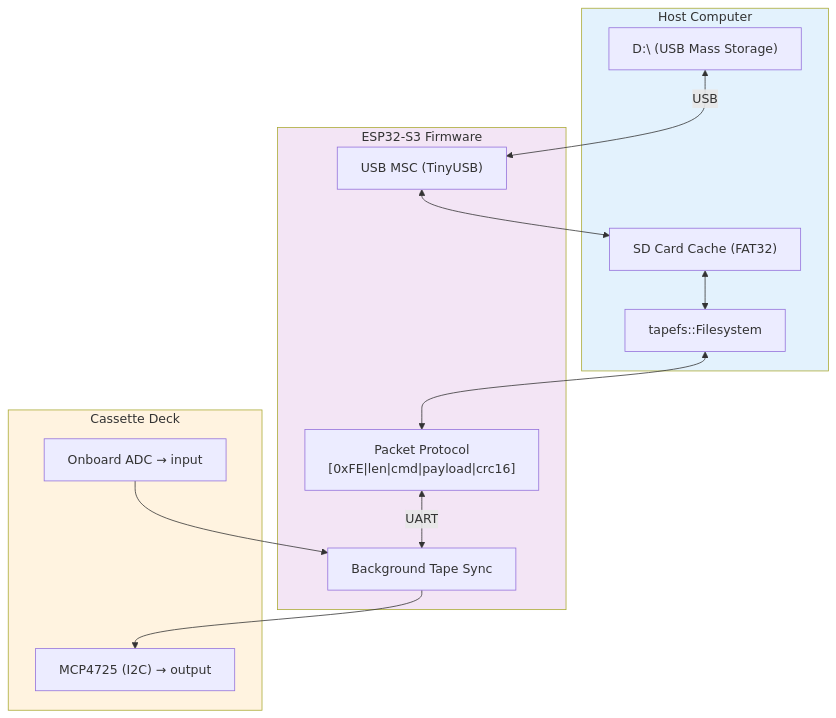
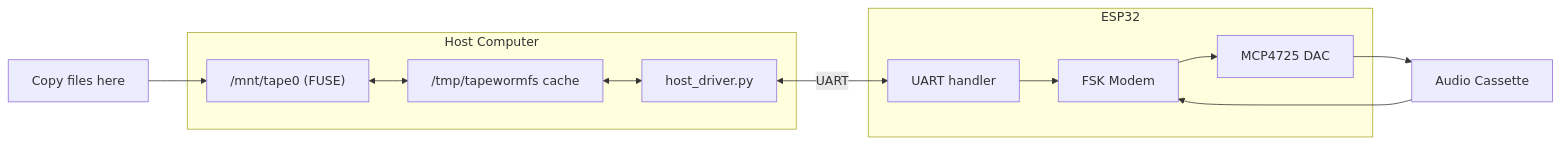
The diagram in README.md (Daniel-R-Thornton/TapewormFS), drawn with Mermaid before and after one commit. The commit also changed other lines of this file and 3 other files, not shown here.

First line of the commit message:
feat: host driver + fix architecture docs

````diff
--- a/README.md
+++ b/README.md
@@ -5,31 +28,23 @@
 ```mermaid
-flowchart TB
-    subgraph Host["Host Computer"]
-        D["D:\ (USB Mass Storage)"]
-        SD["SD Card Cache (FAT32)"]
-        FS["tapefs::Filesystem"]
+flowchart LR
+    subgraph Computer["Host Computer"]
+        MOUNT["/mnt/tape0 (FUSE)"]
+        CACHE["/tmp/tapewormfs cache"]
+        DRIVER["host_driver.py"]
     end
 
-    subgraph MCU["ESP32-S3 Firmware"]
-        MSC["USB MSC (TinyUSB)"]
-        PROTO["Packet Protocol<br/>[0xFE|len|cmd|payload|crc16]"]
-        SYNC["Background Tape Sync"]
+    subgraph ESP["ESP32"]
+        UART["UART handler"]
+        MODEM["FSK Modem"]
+        DAC["MCP4725 DAC"]
     end
 
-    subgraph Tape["Cassette Deck"]
-        DAC["MCP4725 (I2C) → output"]
-        ADC["Onboard ADC → input"]
-    end
+    TAPE["Audio Cassette"]
 
-    D <-- USB --> MSC
-    MSC <--> SD
-    SD <--> FS
-    FS <--> PROTO
-    PROTO <-- UART --> SYNC
-    SYNC --> DAC
-    ADC --> SYNC
-
-    style Host fill:#e3f2fd
-    style MCU fill:#f3e5f5
-    style Tape fill:#fff3e0
+    User["Copy files here"] --> MOUNT
+    MOUNT <--> CACHE
+    CACHE <--> DRIVER
+    DRIVER <-- UART --> UART
+    UART --> MODEM --> DAC --> TAPE
+    TAPE --> MODEM
 ```
````
